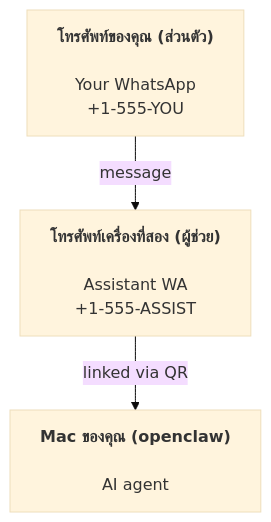
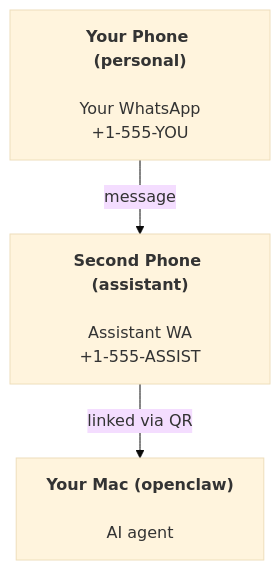
The diagram in docs/th/start/openclaw.md (daichangya/openclaw-docs), drawn with Mermaid (base theme) before and after one commit. The commit also changed other lines of this file and 440 other files, not shown here.

````diff
--- a/docs/th/start/openclaw.md
+++ b/docs/th/start/openclaw.md
@@ -43,5 +43,5 @@
 ```mermaid
 flowchart TB
-    A["<b>โทรศัพท์ของคุณ (ส่วนตัว)<br></b><br>Your WhatsApp<br>+1-555-YOU"] -- message --> B["<b>โทรศัพท์เครื่องที่สอง (ผู้ช่วย)<br></b><br>Assistant WA<br>+1-555-ASSIST"]
-    B -- linked via QR --> C["<b>Mac ของคุณ (openclaw)<br></b><br>AI agent"]
+    A["<b>Your Phone (personal)<br></b><br>Your WhatsApp<br>+1-555-YOU"] -- message --> B["<b>Second Phone (assistant)<br></b><br>Assistant WA<br>+1-555-ASSIST"]
+    B -- linked via QR --> C["<b>Your Mac (openclaw)<br></b><br>AI agent"]
 ```
````
